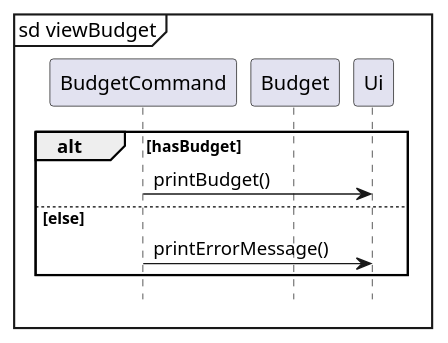
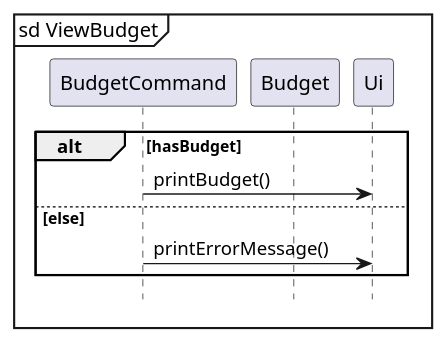
One commit to nus-cs2113-AY2324S1/tp changed the diagram in docs/diagrams/viewBudget.puml. Above: the diagram before and after it, drawn with PlantUML. The commit also changed 8 other files, not shown here.

Commit message:
Change names in diagram

```diff
--- a/docs/diagrams/viewBudget.puml
+++ b/docs/diagrams/viewBudget.puml
@@ -1,15 +1,15 @@
 @startuml
 
-mainframe sd viewBudget
+mainframe sd ViewBudget
 participant BudgetCommand
 participant Budget
 participant Ui
 
 alt hasBudget
     BudgetCommand -> Ui: printBudget()
 else else
     BudgetCommand -> Ui: printErrorMessage()
 end
 
 hide footbox
 @enduml
```
